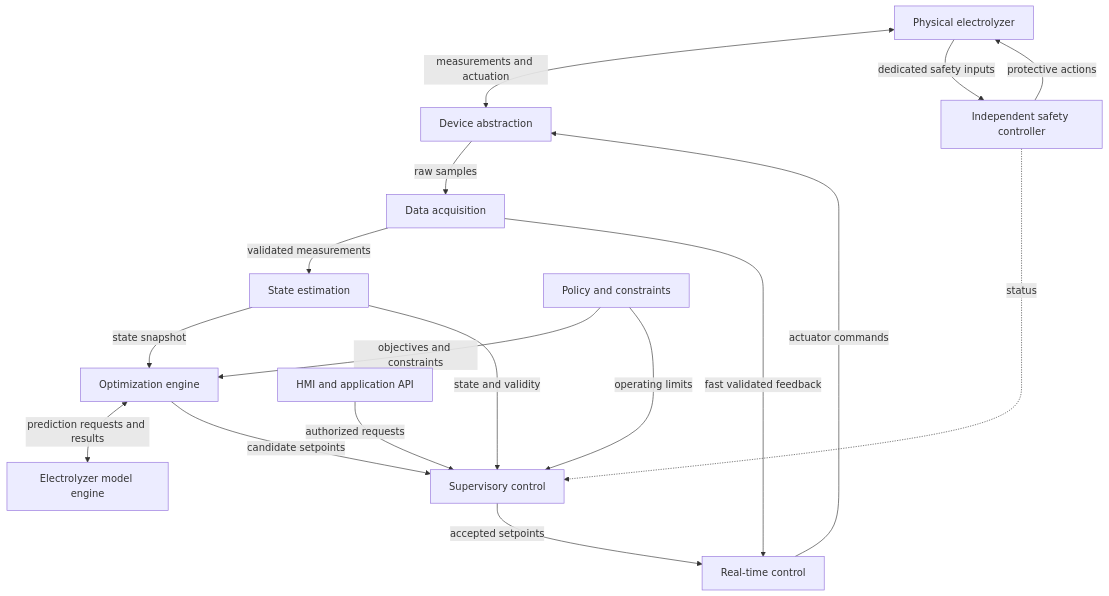
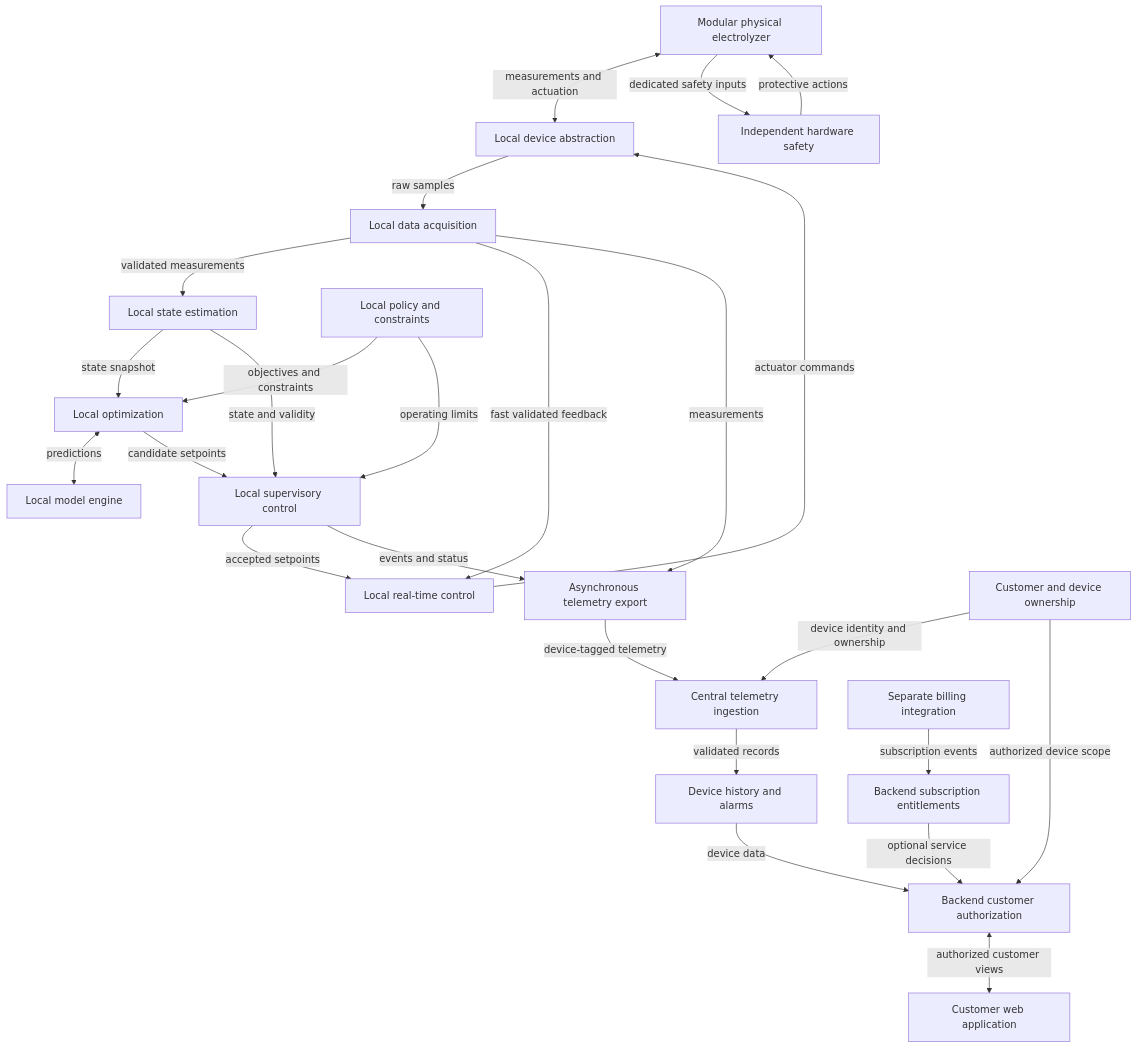
Before and after one commit to Maximus42-byte/Faradix-Software-Design: the first of 3 diagrams in ARCHITECTURE_v0.1.md, drawn with Mermaid. The commit also changed other lines of this file and 1 other file, not shown here.

Commit message:
docs: clarify product and subscription architecture

````diff
--- a/ARCHITECTURE_v0.1.md
+++ b/ARCHITECTURE_v0.1.md
@@ -48,31 +53,46 @@
 ```mermaid
 flowchart TD
-    plant["Physical electrolyzer"]
-    adapter["Device abstraction"]
-    daq["Data acquisition"]
-    state["State estimation"]
-    model["Electrolyzer model engine"]
-    policy["Policy and constraints"]
-    opt["Optimization engine"]
-    sup["Supervisory control"]
-    rt["Real-time control"]
-    api["HMI and application API"]
-    safety["Independent safety controller"]
+    plant["Modular physical electrolyzer"]
+    safety["Independent hardware safety"]
+    adapter["Local device abstraction"]
+    daq["Local data acquisition"]
+    state["Local state estimation"]
+    model["Local model engine"]
+    policy["Local policy and constraints"]
+    opt["Local optimization"]
+    sup["Local supervisory control"]
+    rt["Local real-time control"]
+    telemetry["Asynchronous telemetry export"]
+    ingest["Central telemetry ingestion"]
+    history["Device history and alarms"]
+    registry["Customer and device ownership"]
+    entitlements["Backend subscription entitlements"]
+    access["Backend customer authorization"]
+    web["Customer web application"]
+    billing["Separate billing integration"]
 
-    plant <-->|"measurements and actuation"| adapter
-    adapter -->|"raw samples"| daq
-    daq -->|"validated measurements"| state
-    state -->|"state snapshot"| opt
-    opt <-->|"prediction requests and results"| model
-    policy -->|"objectives and constraints"| opt
-    policy -->|"operating limits"| sup
-    opt -->|"candidate setpoints"| sup
-    state -->|"state and validity"| sup
-    daq -->|"fast validated feedback"| rt
-    sup -->|"accepted setpoints"| rt
-    rt -->|"actuator commands"| adapter
-    api -->|"authorized requests"| sup
-    plant -->|"dedicated safety inputs"| safety
-    safety -->|"protective actions"| plant
-    safety -.->|"status"| sup
+    plant <-->|measurements and actuation| adapter
+    plant -->|dedicated safety inputs| safety
+    safety -->|protective actions| plant
+    adapter -->|raw samples| daq
+    daq -->|validated measurements| state
+    daq -->|fast validated feedback| rt
+    state -->|state snapshot| opt
+    opt <-->|predictions| model
+    policy -->|objectives and constraints| opt
+    policy -->|operating limits| sup
+    opt -->|candidate setpoints| sup
+    state -->|state and validity| sup
+    sup -->|accepted setpoints| rt
+    rt -->|actuator commands| adapter
+    daq -->|measurements| telemetry
+    sup -->|events and status| telemetry
+    telemetry -->|device-tagged telemetry| ingest
+    registry -->|device identity and ownership| ingest
+    ingest -->|validated records| history
+    registry -->|authorized device scope| access
+    history -->|device data| access
+    billing -->|subscription events| entitlements
+    entitlements -->|optional service decisions| access
+    access <-->|authorized customer views| web
 ```
````
